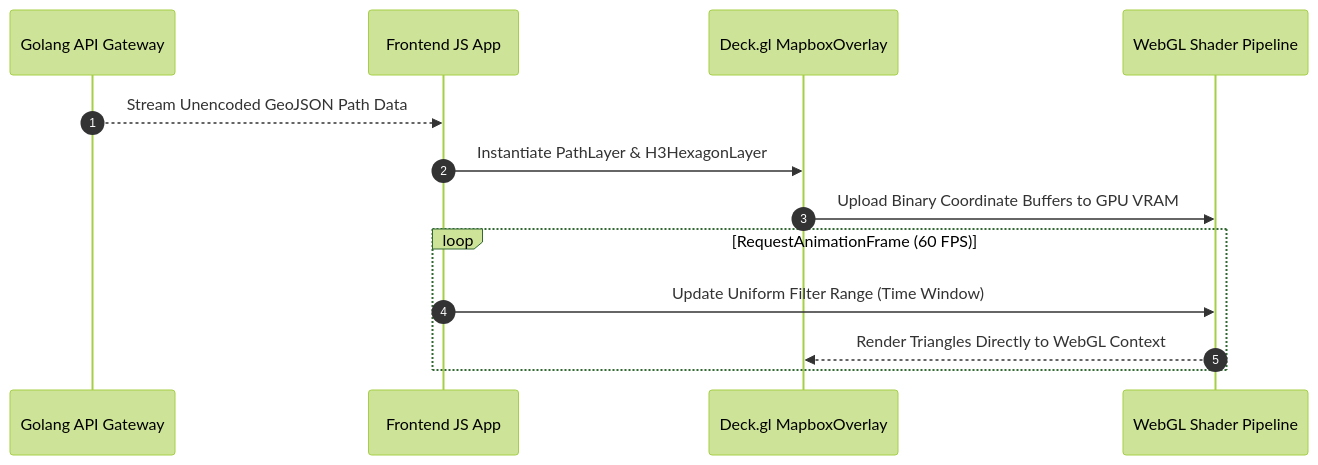
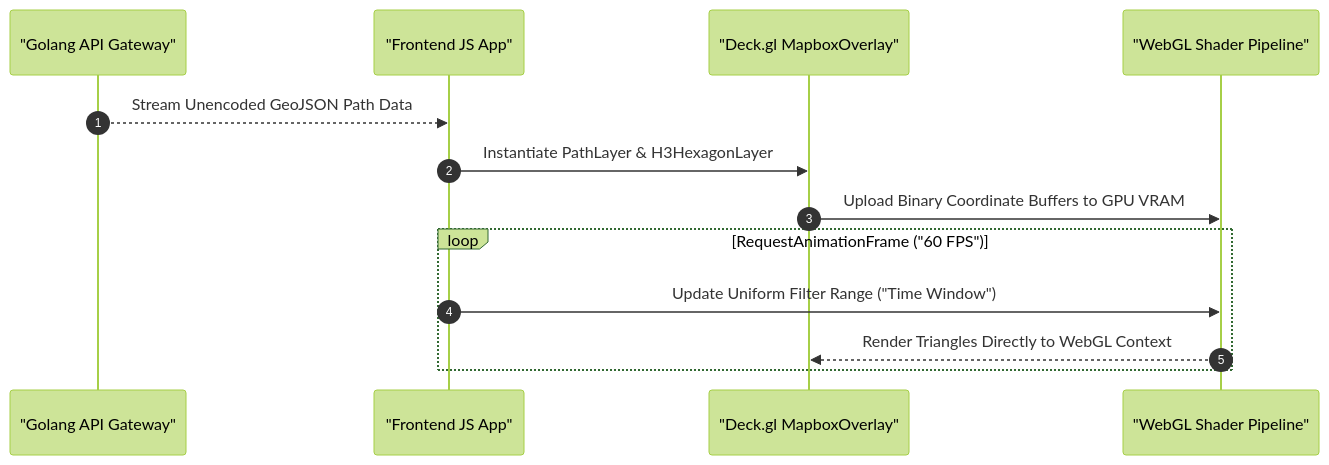
One commit to vesviet/vesviet changed the first of 2 diagrams in content/series/routing-geospatial-architecture/part-5-visualization-ui.md. Above: the diagram before and after it, drawn with Mermaid (forest theme). The commit also changed other lines of this file and 331 other files, not shown here.

````diff
--- a/content/series/routing-geospatial-architecture/part-5-visualization-ui.md
+++ b/content/series/routing-geospatial-architecture/part-5-visualization-ui.md
@@ -45,16 +47,16 @@
 ```mermaid
 sequenceDiagram
     autonumber
-    participant API as Golang API Gateway
-    participant JS as Frontend JS App
-    participant Deck as Deck.gl MapboxOverlay
-    participant GPU as WebGL Shader Pipeline
+    participant API as "Golang API Gateway"
+    participant JS as "Frontend JS App"
+    participant Deck as "Deck.gl MapboxOverlay"
+    participant GPU as "WebGL Shader Pipeline"
     
     API-->>JS: Stream Unencoded GeoJSON Path Data
     JS->>Deck: Instantiate PathLayer & H3HexagonLayer
     Deck->>GPU: Upload Binary Coordinate Buffers to GPU VRAM
-    loop RequestAnimationFrame (60 FPS)
-        JS->>GPU: Update Uniform Filter Range (Time Window)
+    loop RequestAnimationFrame ("60 FPS")
+        JS->>GPU: Update Uniform Filter Range ("Time Window")
         GPU-->>Deck: Render Triangles Directly to WebGL Context
     end
 ```
````
